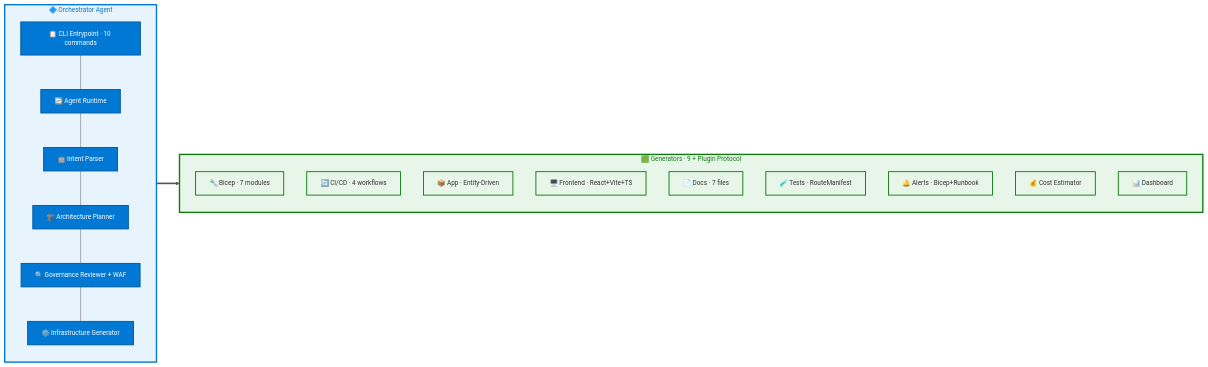
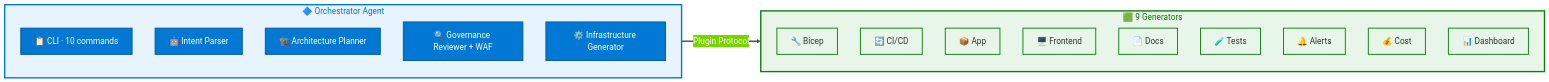
The second of 6 diagrams in docs/architecture.md (Oluseyi-Kofoworola/enterprise-devex-orchestrator), drawn with Mermaid before and after one commit. The commit also changed other lines of this file, not shown here.

Commit message:
docs: split Component Architecture into 3 readable 18px diagrams

````diff
--- a/docs/architecture.md
+++ b/docs/architecture.md
@@ -70,35 +70,30 @@
 ```mermaid
-%%{init: {'theme': 'base', 'themeVariables': {'primaryColor': '#0078D4', 'primaryTextColor': '#fff', 'primaryBorderColor': '#005A9E', 'lineColor': '#555', 'fontFamily': 'Segoe UI', 'fontSize': '14px'}}}%%
+%%{init: {'theme': 'base', 'themeVariables': {'primaryColor': '#0078D4', 'primaryTextColor': '#fff', 'primaryBorderColor': '#005A9E', 'lineColor': '#555', 'fontFamily': 'Segoe UI', 'fontSize': '18px'}}}%%
 flowchart LR
     subgraph ORCH["🔷 Orchestrator Agent"]
-        direction TB
-        O1["📋 CLI Entrypoint · 10 commands"]:::agent
-        O2["🔄 Agent Runtime"]:::agent
-        O3["🤖 Intent Parser"]:::agent
-        O4["🏗️ Architecture Planner"]:::agent
-        O5["🔍 Governance Reviewer + WAF"]:::agent
-        O6["⚙️ Infrastructure Generator"]:::agent
-        O1 --- O2 --- O3 --- O4 --- O5 --- O6
+        O1["📋 CLI · 10 commands"]:::agent
+        O2["🤖 Intent Parser"]:::agent
+        O3["🏗️ Architecture Planner"]:::agent
+        O4["🔍 Governance Reviewer + WAF"]:::agent
+        O5["⚙️ Infrastructure Generator"]:::agent
     end
 
-    subgraph GENS["🟩 Generators · 9 + Plugin Protocol"]
-        direction TB
-        G1["🔧 Bicep · 7 modules"]:::gen
-        G2["🔄 CI/CD · 4 workflows"]:::gen
-        G3["📦 App · Entity-Driven"]:::gen
-        G4["🖥️ Frontend · React+Vite+TS"]:::gen
-        G5["📄 Docs · 7 files"]:::gen
-        G6["🧪 Tests · RouteManifest"]:::gen
-        G7["🔔 Alerts · Bicep+Runbook"]:::gen
-        G8["💰 Cost Estimator"]:::gen
+    subgraph GENS["🟩 9 Generators"]
+        G1["🔧 Bicep"]:::gen
+        G2["🔄 CI/CD"]:::gen
+        G3["📦 App"]:::gen
+        G4["🖥️ Frontend"]:::gen
+        G5["📄 Docs"]:::gen
+        G6["🧪 Tests"]:::gen
+        G7["🔔 Alerts"]:::gen
+        G8["💰 Cost"]:::gen
         G9["📊 Dashboard"]:::gen
     end
 
-    O6 ==> GENS
+    ORCH ==>|"Plugin Protocol"| GENS
 
     classDef agent fill:#0078D4,stroke:#005A9E,color:#fff,stroke-width:2px
     classDef gen fill:#E8F5E9,stroke:#107C10,color:#333,stroke-width:2px
-
     style ORCH fill:#E8F4FD,stroke:#0078D4,stroke-width:3px,color:#0078D4
     style GENS fill:#E8F5E9,stroke:#107C10,stroke-width:3px,color:#107C10
 ```
````
